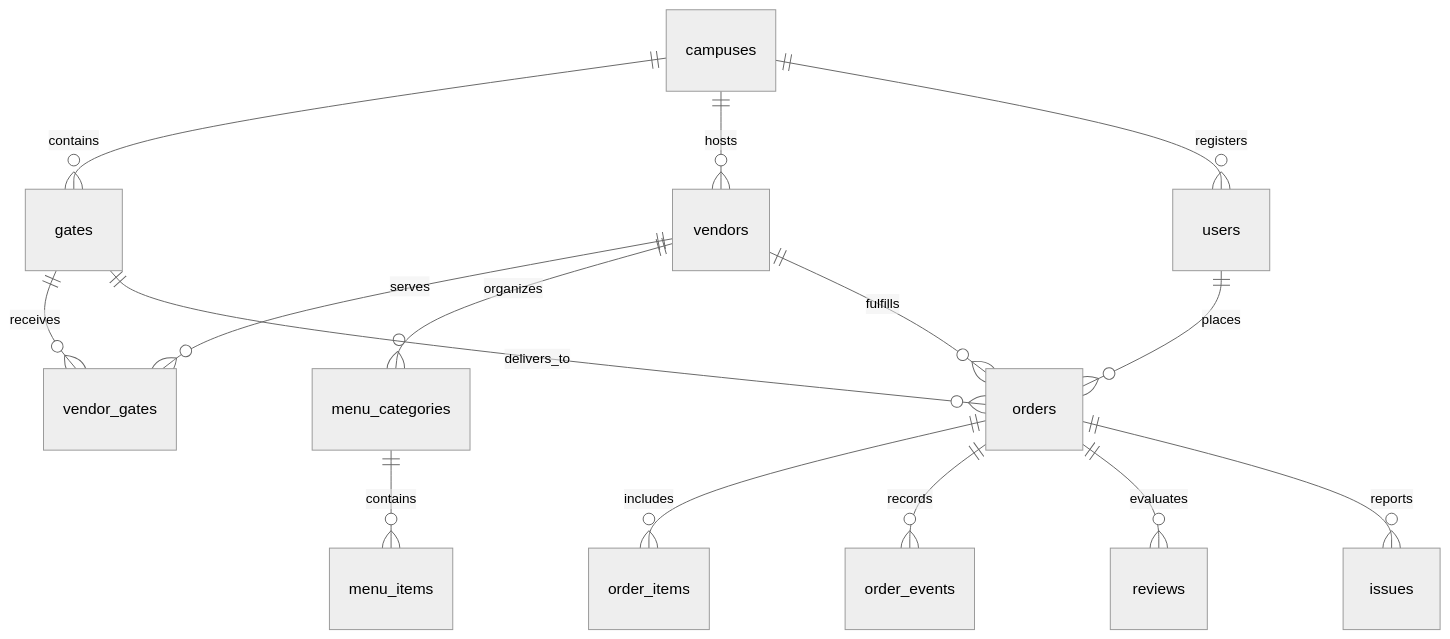
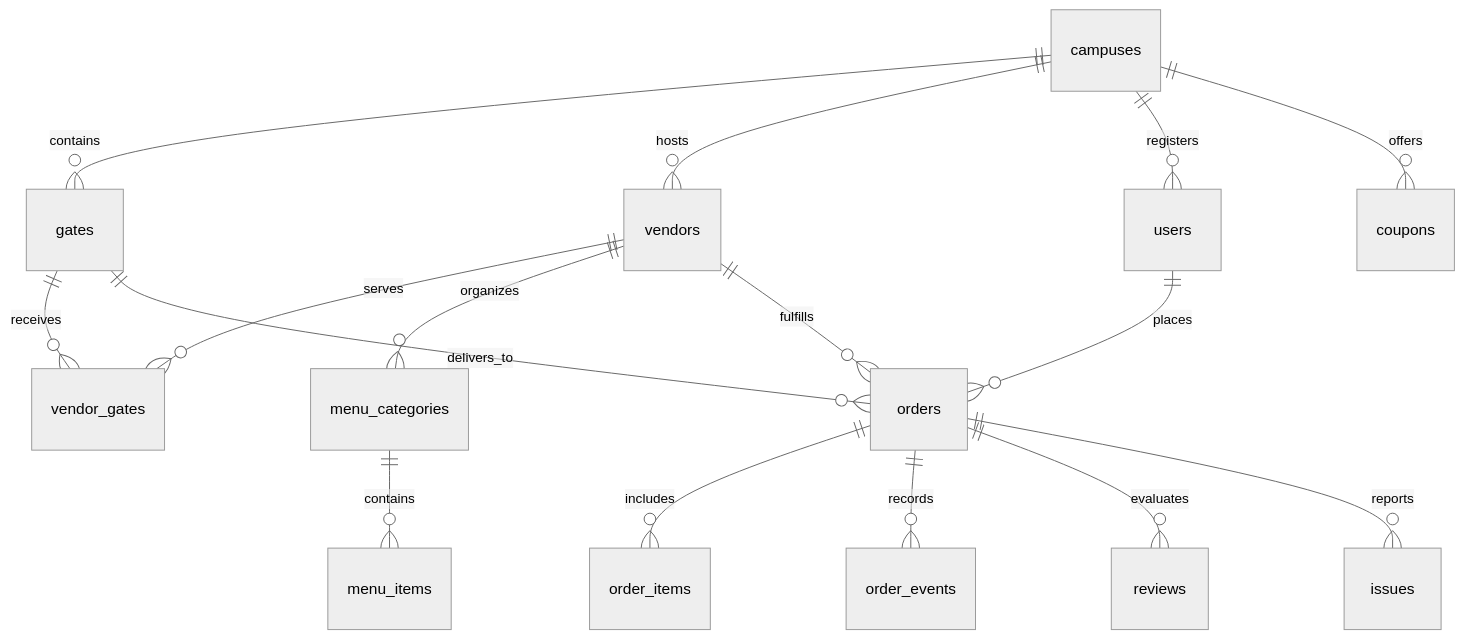
One commit to triveninarayanpriy/TREFOOD_PRO changed the third of 3 diagrams in docs/ARCHITECTURE.md. Above: the diagram before and after it, drawn with Mermaid (neutral theme). The commit also changed other lines of this file and 9 other files, not shown here.

Commit message:
docs: align brief, AGENTS rules, API/architecture/quality specs, and changelog

````diff
--- a/docs/ARCHITECTURE.md
+++ b/docs/ARCHITECTURE.md
@@ -76,21 +76,22 @@
 ```mermaid
 erDiagram
     campuses ||--o{ gates : contains
     campuses ||--o{ vendors : hosts
     campuses ||--o{ users : registers
+    campuses ||--o{ coupons : offers
 
     vendors ||--o{ vendor_gates : serves
     gates ||--o{ vendor_gates : receives
 
     vendors ||--o{ menu_categories : organizes
     menu_categories ||--o{ menu_items : contains
 
     users ||--o{ orders : places
     vendors ||--o{ orders : fulfills
     gates ||--o{ orders : delivers_to
 
     orders ||--o{ order_items : includes
     orders ||--o{ order_events : records
     orders ||--o{ reviews : evaluates
     orders ||--o{ issues : reports
 ```
````
